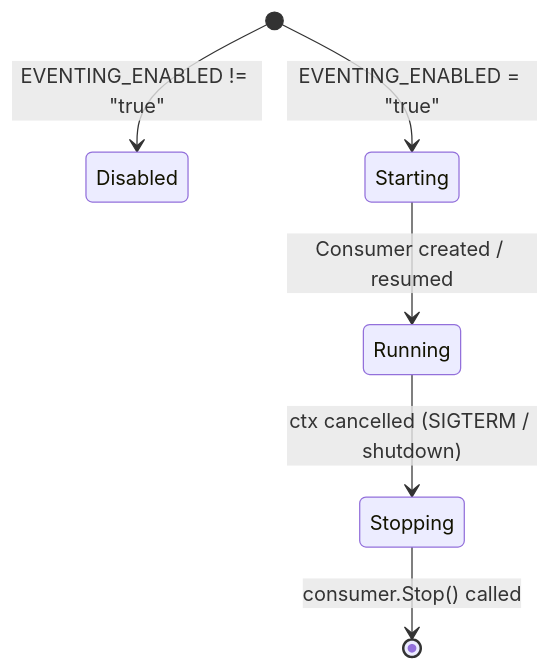
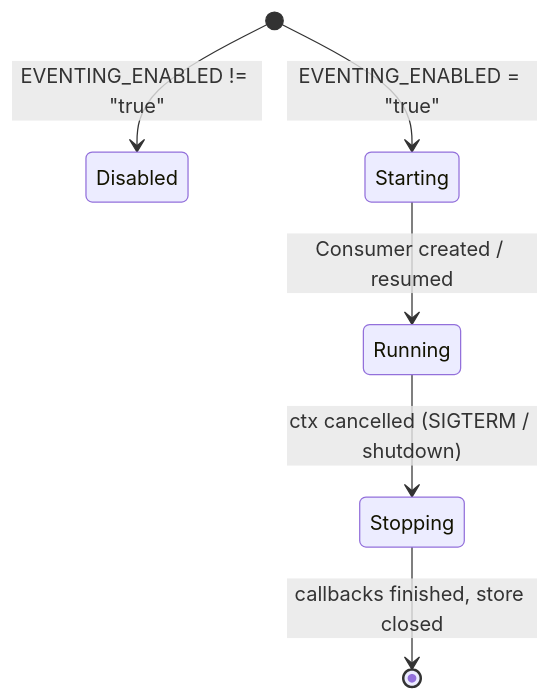
One commit to linuxfoundation/lfx-v2-mailing-list-service changed the fifth of 5 diagrams in docs/event-processing.md. Above: the diagram before and after it, drawn with Mermaid. The commit also changed other lines of this file and 30 other files, not shown here.

````diff
--- a/docs/event-processing.md
+++ b/docs/event-processing.md
@@ -291,8 +300,8 @@
 ```mermaid
 stateDiagram-v2
     [*] --> Disabled: EVENTING_ENABLED != "true"
     [*] --> Starting: EVENTING_ENABLED = "true"
     Starting --> Running: Consumer created / resumed
     Running --> Stopping: ctx cancelled (SIGTERM / shutdown)
-    Stopping --> [*]: consumer.Stop() called
+    Stopping --> [*]: callbacks finished, store closed
 ```
````
